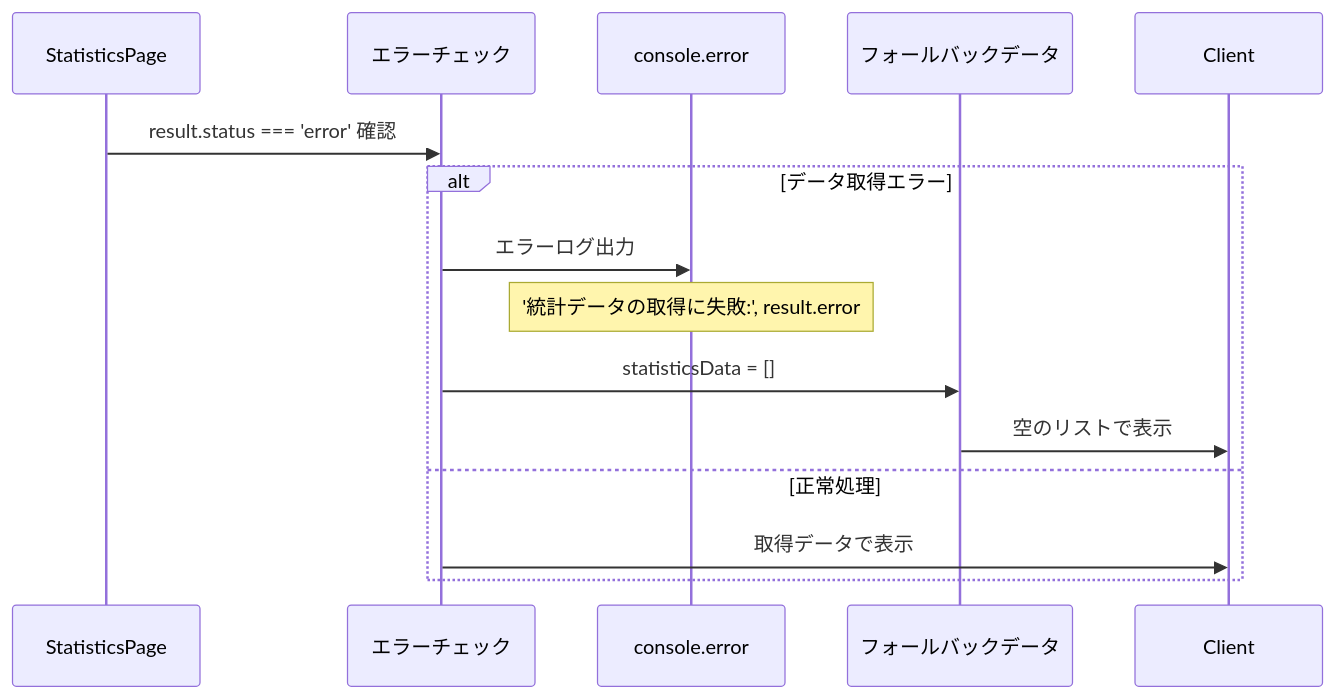
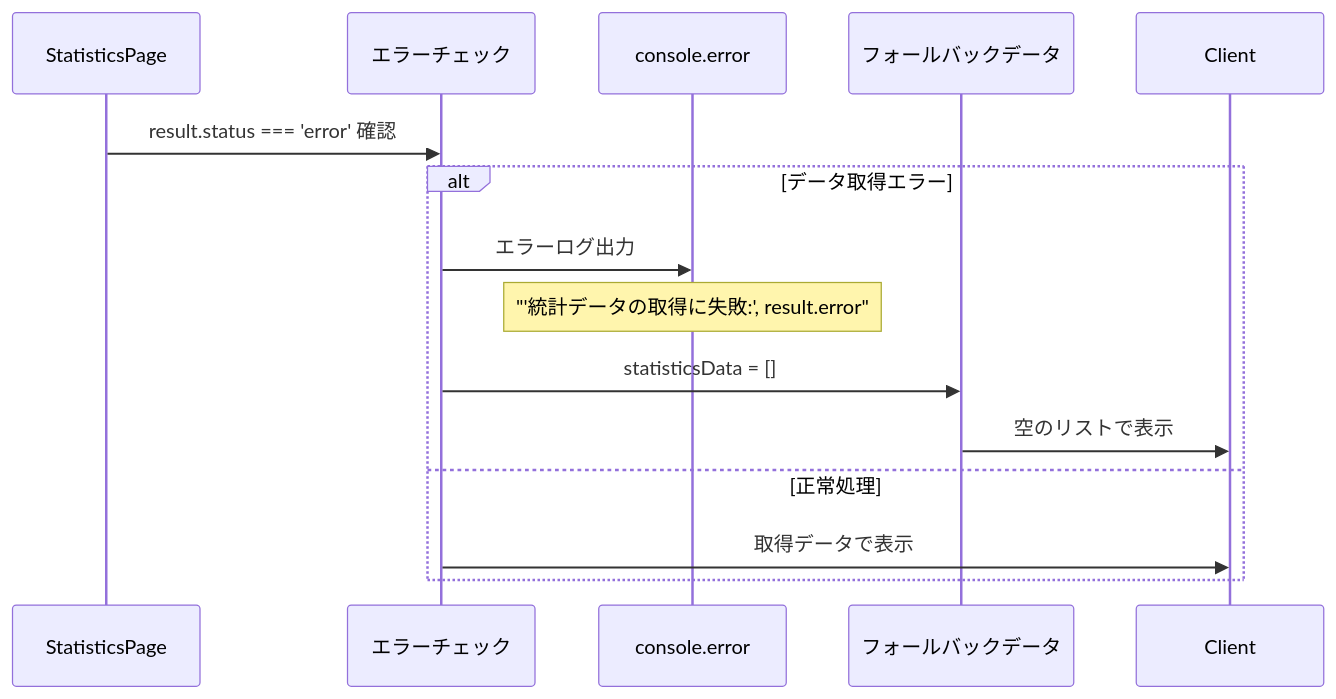
One commit to wasabi49/ocs-systemDevelopmentExercises changed the fifth of 11 diagrams in document/pages/sequence/Statistics.md. Above: the diagram before and after it, drawn with Mermaid. The commit also changed other lines of this file and 42 other files, not shown here.

First line of the commit message:
fix: mermaidシーケンス図のNote over文でダブルクォーテーション不足を修正

````diff
--- a/document/pages/sequence/Statistics.md
+++ b/document/pages/sequence/Statistics.md
@@ -91,18 +91,18 @@
 ```mermaid
 sequenceDiagram
     participant Page as StatisticsPage
     participant ErrorCheck as エラーチェック
     participant Console as console.error
     participant FallbackData as フォールバックデータ
 
     Page->>ErrorCheck: result.status === 'error' 確認
     
     alt データ取得エラー
         ErrorCheck->>Console: エラーログ出力
-        Note over Console: '統計データの取得に失敗:', result.error
+        Note over Console: "'統計データの取得に失敗:', result.error"
         ErrorCheck->>FallbackData: statisticsData = []
         FallbackData->>Client: 空のリストで表示
     else 正常処理
         ErrorCheck->>Client: 取得データで表示
     end
 ```
````
